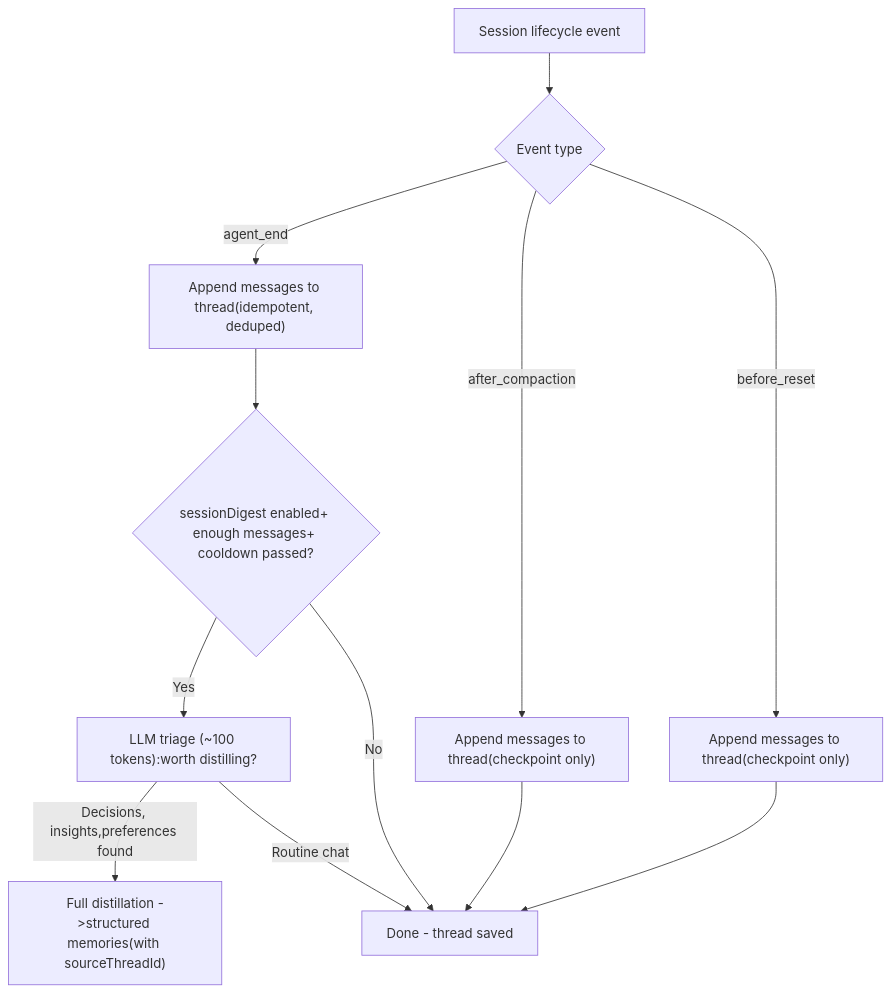
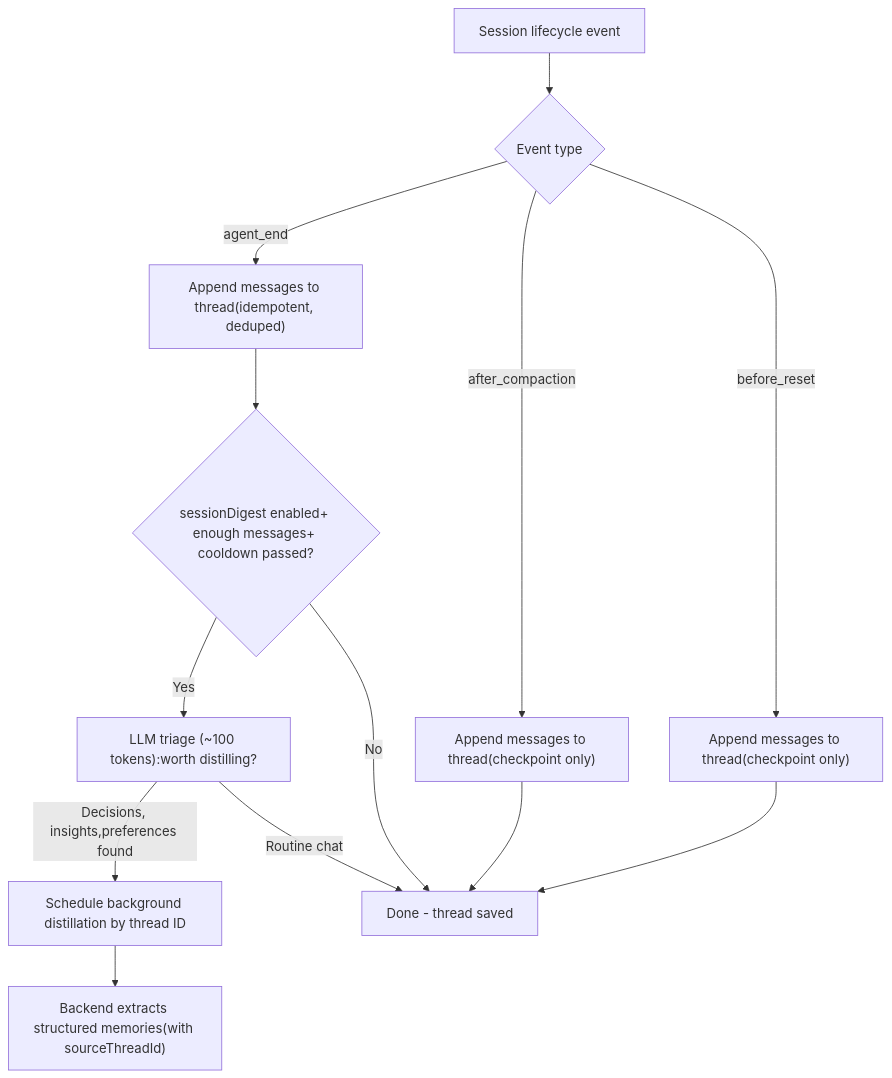
The second of 5 diagrams in nowledge-mem-openclaw-plugin/README.md (nowledge-co/community), drawn with Mermaid before and after one commit. The commit also changed other lines of this file and 10 other files, not shown here.

First line of the commit message:
fix(openclaw): schedule background distillation by stored thread ID (#745)

````diff
--- a/nowledge-mem-openclaw-plugin/README.md
+++ b/nowledge-mem-openclaw-plugin/README.md
@@ -208,17 +208,18 @@
 ```mermaid
 flowchart TD
     A["Session lifecycle event"] --> B{"Event type"}
 
     B -->|"agent_end"| C["Append messages to thread(idempotent, deduped)"]
     B -->|"after_compaction"| D["Append messages to thread(checkpoint only)"]
     B -->|"before_reset"| E["Append messages to thread(checkpoint only)"]
 
     C --> F{"sessionDigest enabled+ enough messages+ cooldown passed?"}
     F -->|"Yes"| G["LLM triage (~100 tokens):worth distilling?"]
     F -->|"No"| H["Done - thread saved"]
-    G -->|"Decisions, insights,preferences found"| I["Full distillation ->structured memories(with sourceThreadId)"]
+    G -->|"Decisions, insights,preferences found"| I["Schedule background distillation by thread ID"]
+    I --> J["Backend extracts structured memories(with sourceThreadId)"]
     G -->|"Routine chat"| H
 
     D --> H
     E --> H
 ```
````
